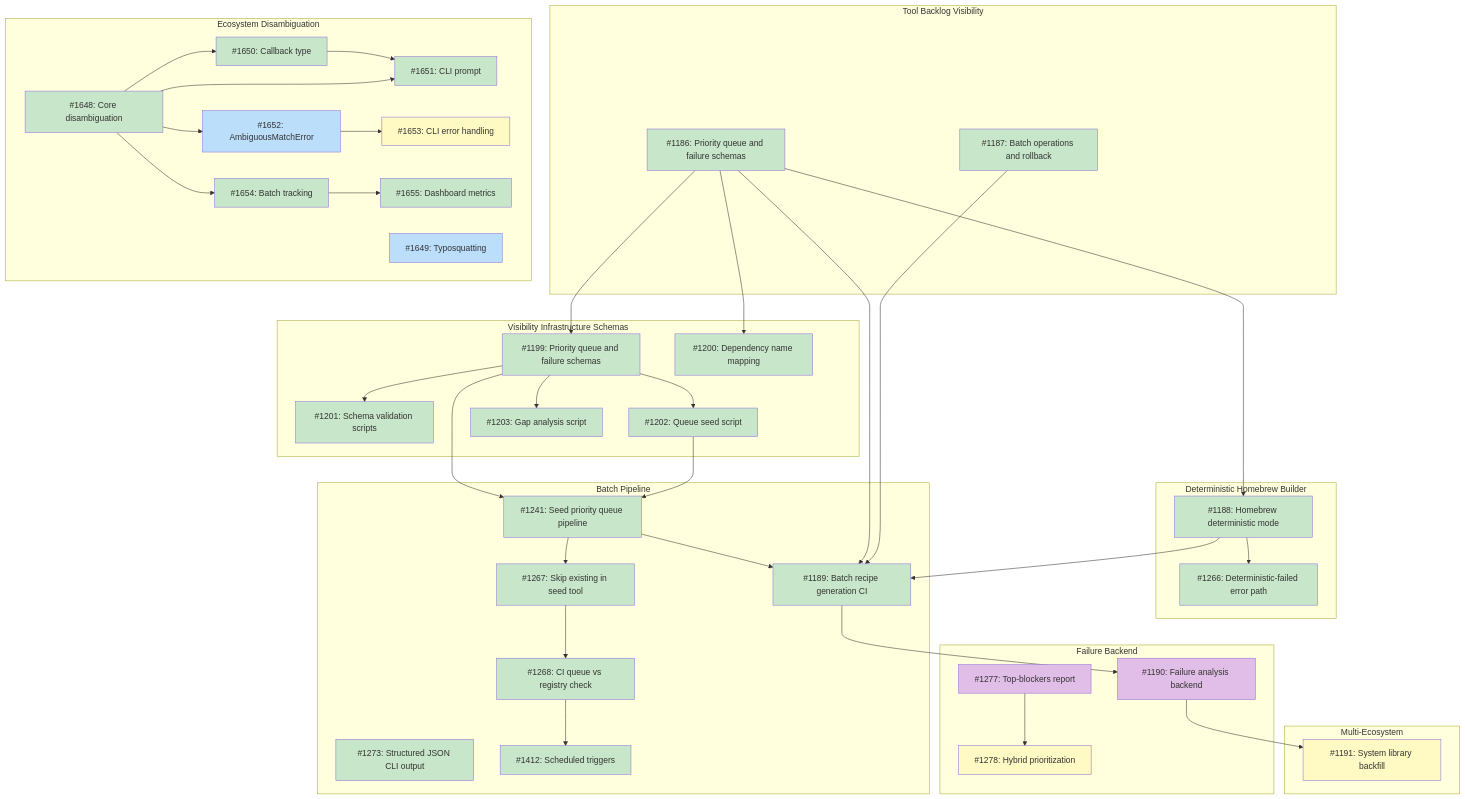
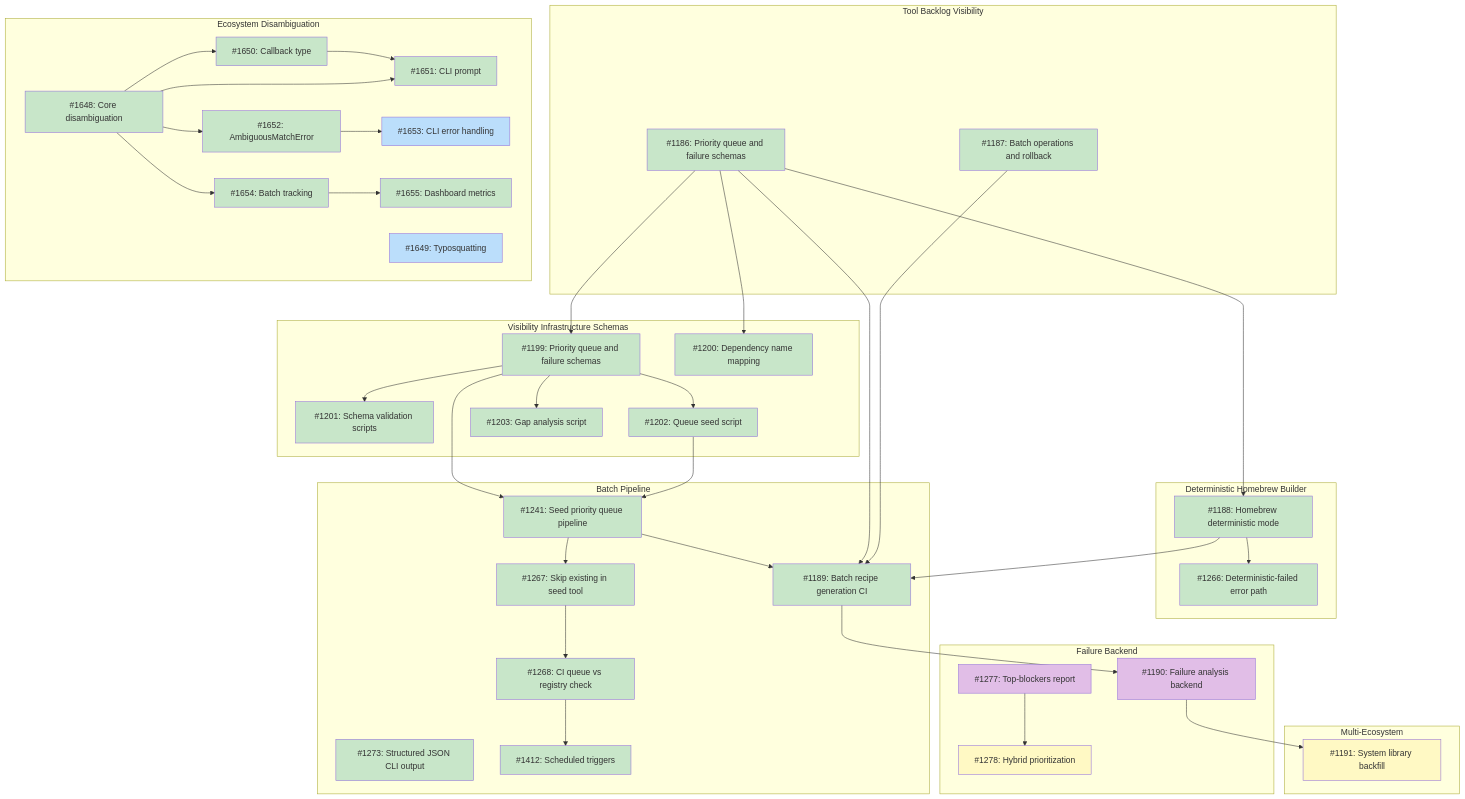
One commit to tsukumogami/tsuku changed the diagram in docs/designs/DESIGN-registry-scale-strategy.md. Above: the diagram before and after it, drawn with Mermaid. The commit also changed other lines of this file, not shown here.

Commit message:
docs: mark #1652 complete in registry-scale-strategy design doc

````diff
--- a/docs/designs/DESIGN-registry-scale-strategy.md
+++ b/docs/designs/DESIGN-registry-scale-strategy.md
@@ -187,7 +187,6 @@
     class I1278 blocked
     class I1412 done
     class I1191 blocked
-    class I1648,I1650,I1651,I1654,I1655 done
-    class I1649,I1652 ready
-    class I1653 blocked
+    class I1648,I1650,I1651,I1652,I1654,I1655 done
+    class I1649,I1653 ready
 ```
````
